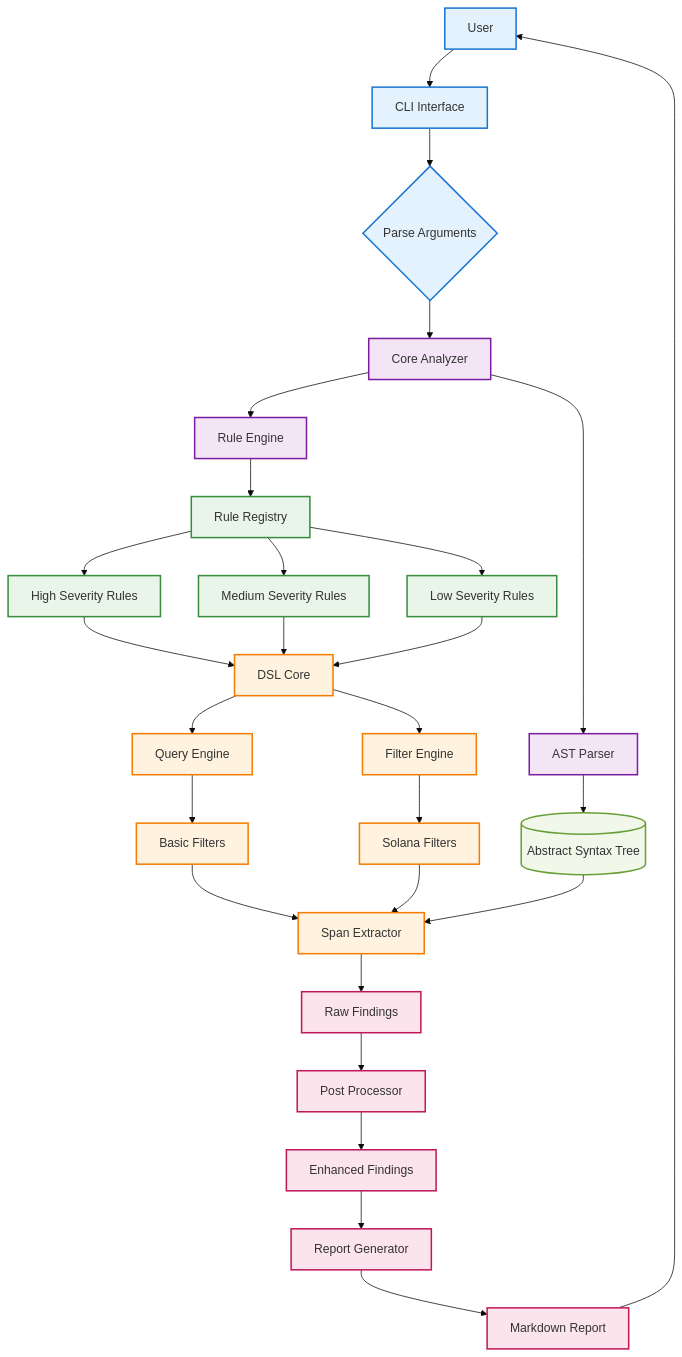
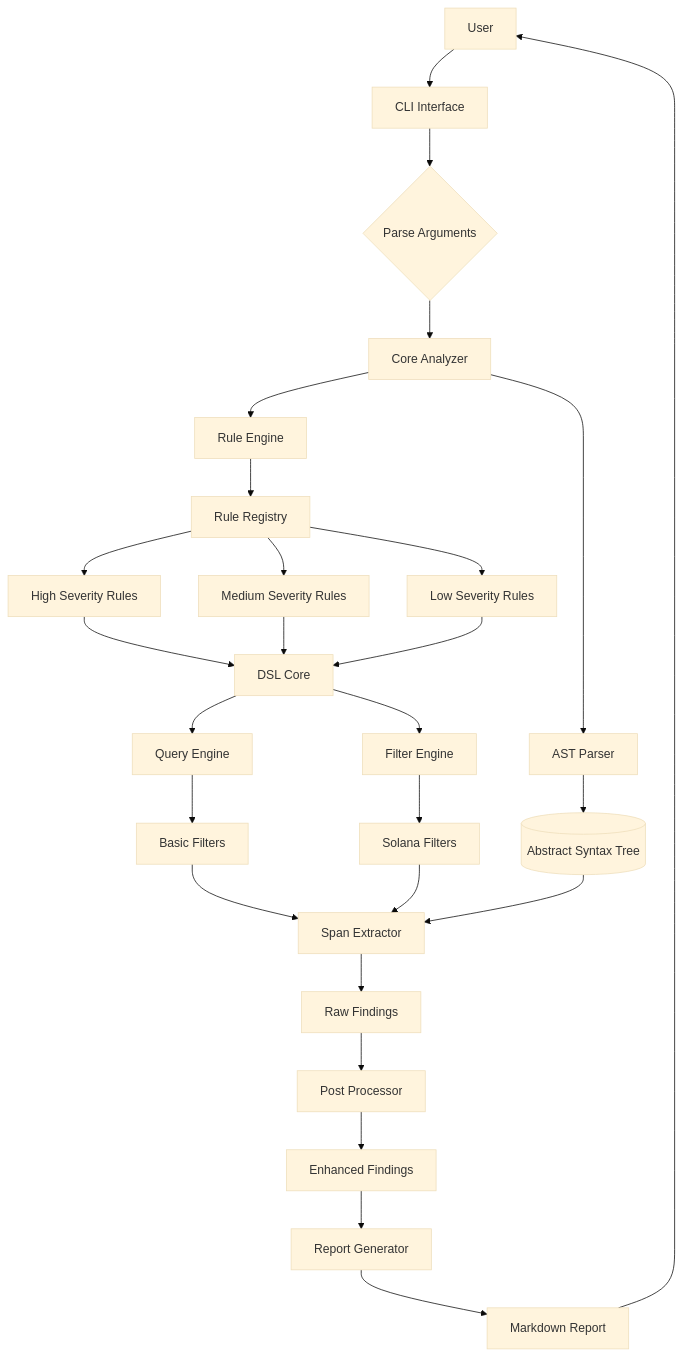
Before and after one commit to Naro-chain/Solana_Static_Analyzer: the first of 6 diagrams in ARCHITECTURE.md, drawn with Mermaid (base theme). The commit also changed other lines of this file, not shown here.

Commit message:
docs: modify architecture documentation

````diff
--- a/ARCHITECTURE.md
+++ b/ARCHITECTURE.md
@@ -5,63 +5,48 @@
 ```mermaid
 flowchart TD
     %% Input Layer
     USER[User] --> CLI[CLI Interface]
     CLI --> ARGS{Parse Arguments}
     
     %% Core Processing Layer
     ARGS --> ANALYZER[Core Analyzer]
     ANALYZER --> PARSER[AST Parser]
     PARSER --> AST[(Abstract Syntax Tree)]
     
     %% Rule Engine Layer
     ANALYZER --> ENGINE[Rule Engine]
     ENGINE --> REGISTRY[Rule Registry]
     
     %% Rule Categories
     REGISTRY --> HIGH_RULES[High Severity Rules]
     REGISTRY --> MED_RULES[Medium Severity Rules]
     REGISTRY --> LOW_RULES[Low Severity Rules]
     
     %% DSL Processing
     HIGH_RULES --> DSL_CORE[DSL Core]
     MED_RULES --> DSL_CORE
     LOW_RULES --> DSL_CORE
     
     DSL_CORE --> QUERY_ENGINE[Query Engine]
     DSL_CORE --> FILTER_ENGINE[Filter Engine]
     
     %% Analysis Components
     QUERY_ENGINE --> BASIC_FILTERS[Basic Filters]
     FILTER_ENGINE --> SOLANA_FILTERS[Solana Filters]
     
     BASIC_FILTERS --> SPAN_EXTRACTOR[Span Extractor]
     SOLANA_FILTERS --> SPAN_EXTRACTOR
     
     %% Results Processing
     SPAN_EXTRACTOR --> FINDINGS[Raw Findings]
     FINDINGS --> POST_PROCESSOR[Post Processor]
     POST_PROCESSOR --> ENHANCED_FINDINGS[Enhanced Findings]
     
     %% Output Layer
     ENHANCED_FINDINGS --> REPORTER[Report Generator]
     REPORTER --> OUTPUT[Markdown Report]
     OUTPUT --> USER
     
     %% Data Store
     AST --> SPAN_EXTRACTOR
-    
-    %% Styling
-    classDef inputLayer fill:#e3f2fd,stroke:#1976d2,stroke-width:2px
-    classDef coreLayer fill:#f3e5f5,stroke:#7b1fa2,stroke-width:2px
-    classDef ruleLayer fill:#e8f5e8,stroke:#388e3c,stroke-width:2px
-    classDef dslLayer fill:#fff3e0,stroke:#f57c00,stroke-width:2px
-    classDef outputLayer fill:#fce4ec,stroke:#c2185b,stroke-width:2px
-    classDef dataLayer fill:#f1f8e9,stroke:#689f38,stroke-width:2px
-    
-    class USER,CLI,ARGS inputLayer
-    class ANALYZER,PARSER,ENGINE coreLayer
-    class REGISTRY,HIGH_RULES,MED_RULES,LOW_RULES ruleLayer
-    class DSL_CORE,QUERY_ENGINE,FILTER_ENGINE,BASIC_FILTERS,SOLANA_FILTERS,SPAN_EXTRACTOR dslLayer
-    class FINDINGS,POST_PROCESSOR,ENHANCED_FINDINGS,REPORTER,OUTPUT outputLayer
-    class AST dataLayer
 ```
````
